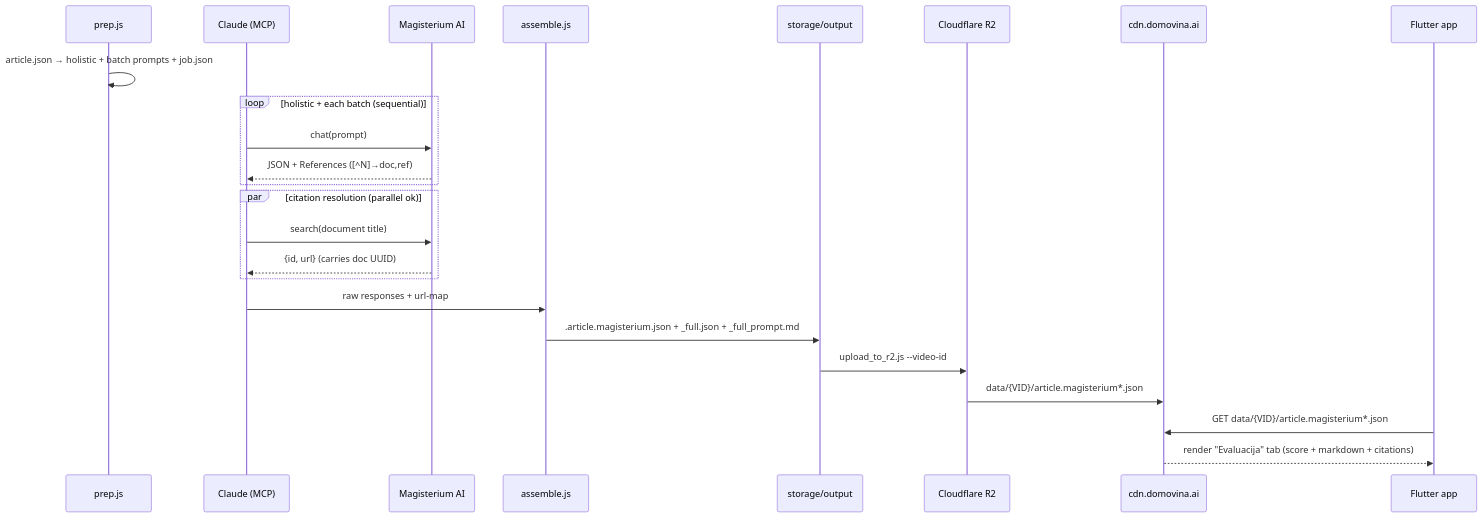
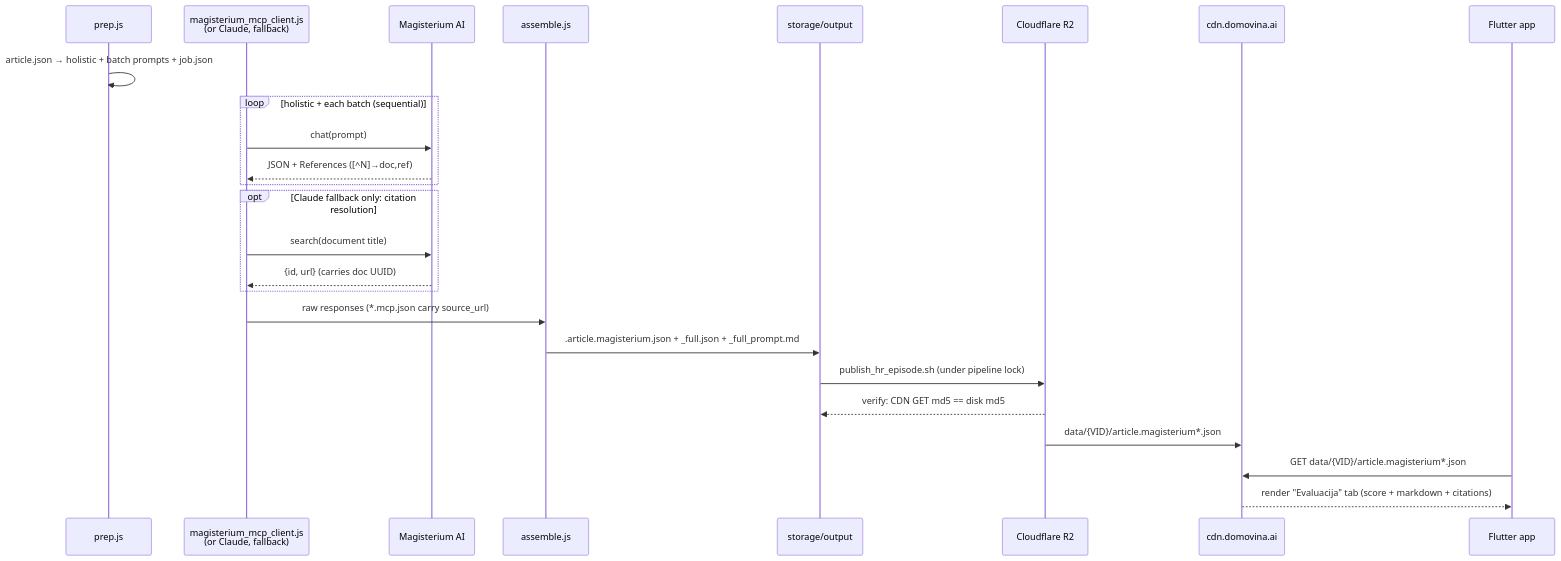
The fourth of 4 diagrams in docs/magisterium_ai_integration.md (domovinatv/fetch.domovina.tv), drawn with Mermaid before and after one commit. The commit also changed other lines of this file and 6 other files, not shown here.

First line of the commit message:
docs(pipeline): mermaid dijagrami usklađeni sa stanjem od 24.10.

````diff
--- a/docs/magisterium_ai_integration.md
+++ b/docs/magisterium_ai_integration.md
@@ -126,27 +136,28 @@
 ```mermaid
 sequenceDiagram
   participant P as prep.js
-  participant Cl as Claude (MCP)
+  participant Cl as magisterium_mcp_client.js<br/>(or Claude, fallback)
   participant Mag as Magisterium AI
   participant As as assemble.js
   participant St as storage/output
   participant R2 as Cloudflare R2
   participant CDN as cdn.domovina.ai
   participant Fl as Flutter app
 
   P->>P: article.json → holistic + batch prompts + job.json
   loop holistic + each batch (sequential)
     Cl->>Mag: chat(prompt)
     Mag-->>Cl: JSON + References ([^N]→doc,ref)
   end
-  par citation resolution (parallel ok)
+  opt Claude fallback only: citation resolution
     Cl->>Mag: search(document title)
     Mag-->>Cl: {id, url} (carries doc UUID)
   end
-  Cl->>As: raw responses + url-map
+  Cl->>As: raw responses (*.mcp.json carry source_url)
   As->>St: .article.magisterium.json + _full.json + _full_prompt.md
-  St->>R2: upload_to_r2.js --video-id
+  St->>R2: publish_hr_episode.sh (under pipeline lock)
+  R2-->>St: verify: CDN GET md5 == disk md5
   R2->>CDN: data/{VID}/article.magisterium*.json
   Fl->>CDN: GET data/{VID}/article.magisterium*.json
   CDN-->>Fl: render "Evaluacija" tab (score + markdown + citations)
 ```
````
